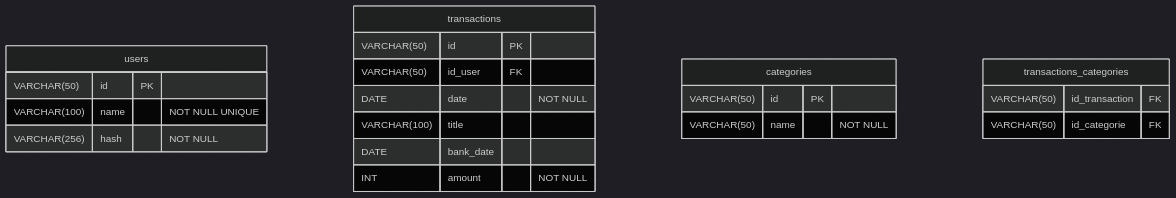
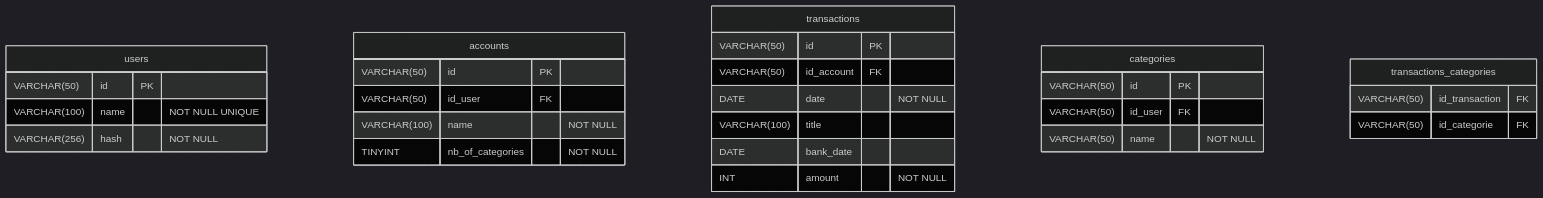
The second of 2 diagrams in structure.md (floalzaix/accounts), drawn with Mermaid (dark theme) before and after one commit. The commit also changed other lines of this file and 8 other files, not shown here.

Commit message:
Création de la liaison bdd avec les accounts, transactions, categories

````diff
--- a/structure.md
+++ b/structure.md
@@ -78,24 +79,31 @@
     ```mermaid
             erDiagram
                 users {
                     VARCHAR(50) id PK
                     VARCHAR(100) name "NOT NULL UNIQUE"
                     VARCHAR(256) hash "NOT NULL"
                 }
+                accounts {
+                    VARCHAR(50) id PK
+                    VARCHAR(50) id_user FK
+                    VARCHAR(100) name "NOT NULL"
+                    TINYINT nb_of_categories "NOT NULL"
+                }
                 transactions {
                     VARCHAR(50) id PK
-                    VARCHAR(50) id_user FK
+                    VARCHAR(50) id_account FK
                     DATE date "NOT NULL"
                     VARCHAR(100) title 
                     DATE bank_date 
                     INT amount "NOT NULL"
                 }
                 categories {
                     VARCHAR(50) id PK
+                    VARCHAR(50) id_user FK
                     VARCHAR(50) name "NOT NULL"
                 }
                 transactions_categories {
                     VARCHAR(50) id_transaction FK 
                     VARCHAR(50) id_categorie FK
                 }
     ```
````
